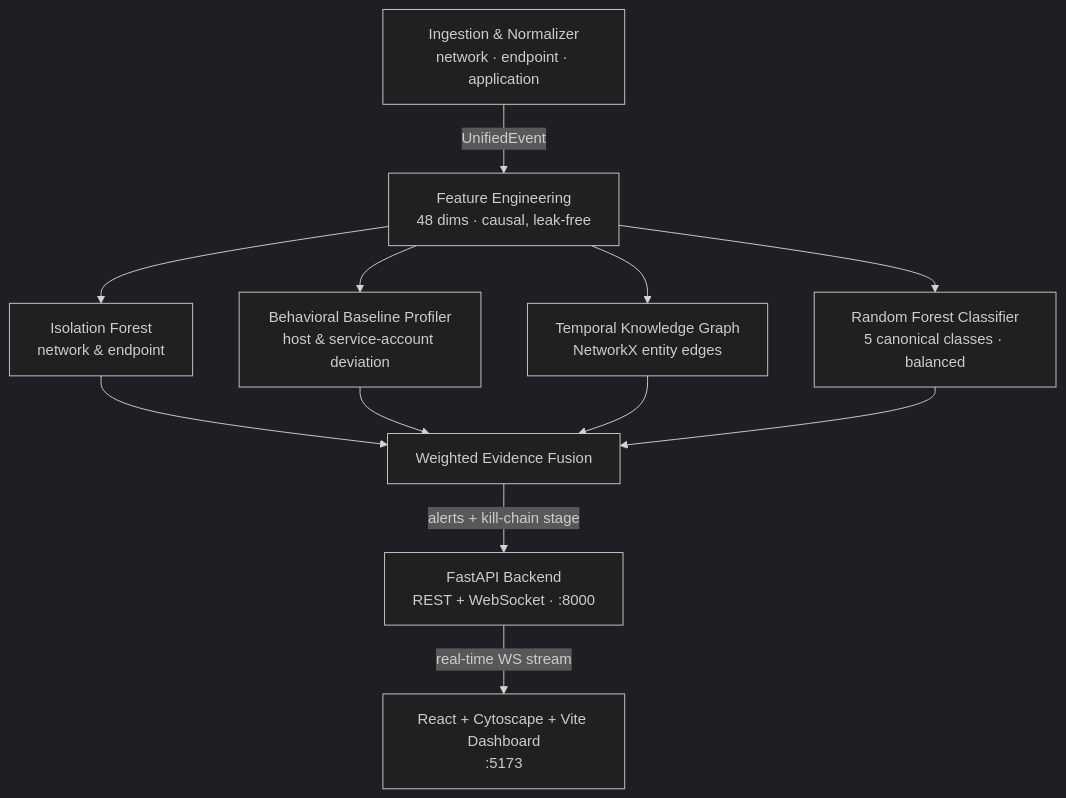
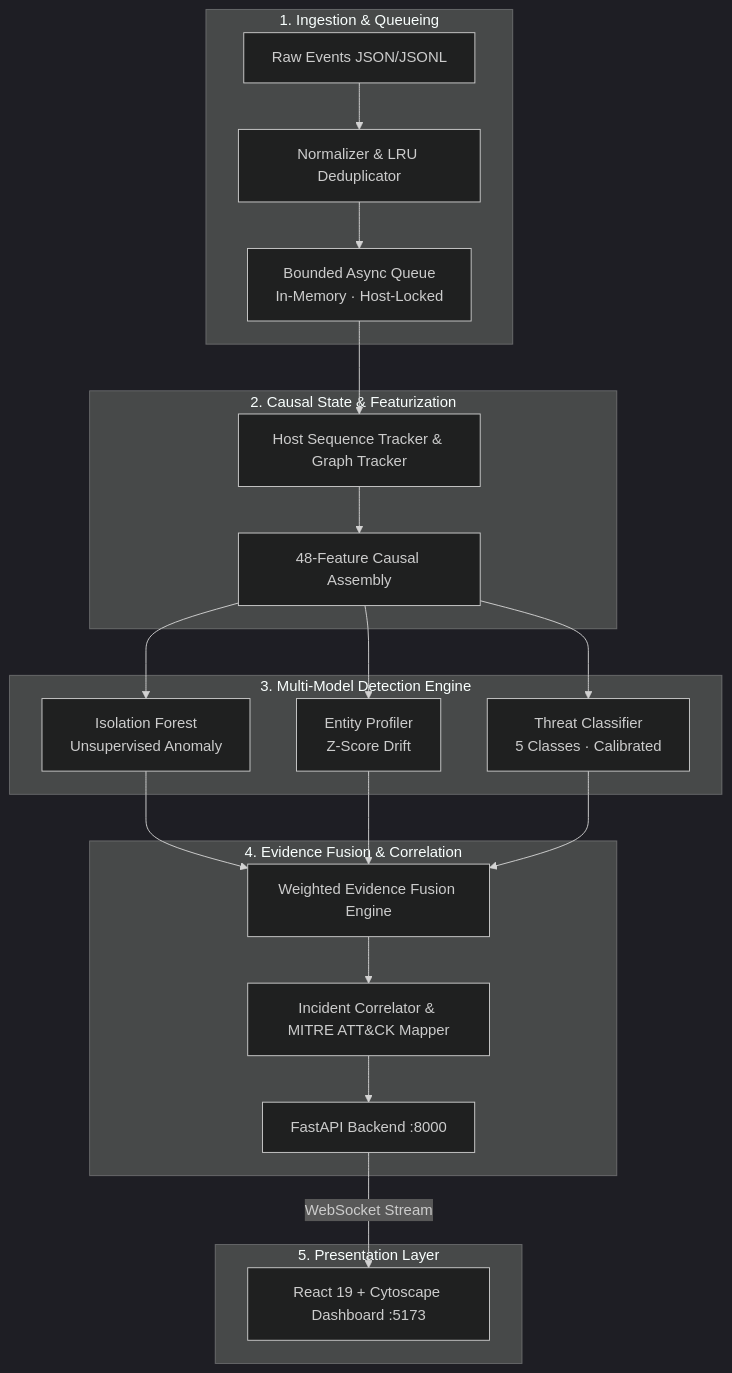
The diagram in README.md (akashcodes23/AEGIS-ML), drawn with Mermaid (dark theme) before and after one commit. The commit also changed other lines of this file and 7 other files, not shown here.

````diff
--- a/README.md
+++ b/README.md
@@ -43,14 +64,28 @@
 ```mermaid
 flowchart TD
-    A[Ingestion & Normalizer<br/>network · endpoint · application] -->|UnifiedEvent| B[Feature Engineering<br/>48 dims · causal, leak-free]
-    B --> C[Isolation Forest<br/>network & endpoint]
-    B --> D[Behavioral Baseline Profiler<br/>host & service-account deviation]
-    B --> E[Temporal Knowledge Graph<br/>NetworkX entity edges]
-    B --> F[Random Forest Classifier<br/>5 canonical classes · balanced]
-    C --> G[Weighted Evidence Fusion]
-    D --> G
-    E --> G
-    F --> G
-    G -->|alerts + kill-chain stage| H[FastAPI Backend<br/>REST + WebSocket · :8000]
-    H -->|real-time WS stream| I[React + Cytoscape + Vite Dashboard<br/>:5173]
+    subgraph Ingestion ["1. Ingestion & Queueing"]
+        Raw[Raw Events JSON/JSONL] --> Norm[Normalizer & LRU Deduplicator]
+        Norm --> Queue[Bounded Async Queue<br/>In-Memory · Host-Locked]
+    end
+
+    subgraph State ["2. Causal State & Featurization"]
+        Queue --> StateTrack[Host Sequence Tracker & Graph Tracker]
+        StateTrack --> Feat[48-Feature Causal Assembly]
+    end
+
+    subgraph Detection ["3. Multi-Model Detection Engine"]
+        Feat --> IF[Isolation Forest<br/>Unsupervised Anomaly]
+        Feat --> Drift[Entity Profiler<br/>Z-Score Drift]
+        Feat --> RF[Threat Classifier<br/>5 Classes · Calibrated]
+    end
+
+    subgraph Fusion ["4. Evidence Fusion & Correlation"]
+        IF & Drift & RF --> Fused[Weighted Evidence Fusion Engine]
+        Fused --> Correlate[Incident Correlator & MITRE ATT&CK Mapper]
+        Correlate --> API[FastAPI Backend :8000]
+    end
+
+    subgraph Presentation ["5. Presentation Layer"]
+        API -->|WebSocket Stream| UI[React 19 + Cytoscape Dashboard :5173]
+    end
 ```
````
